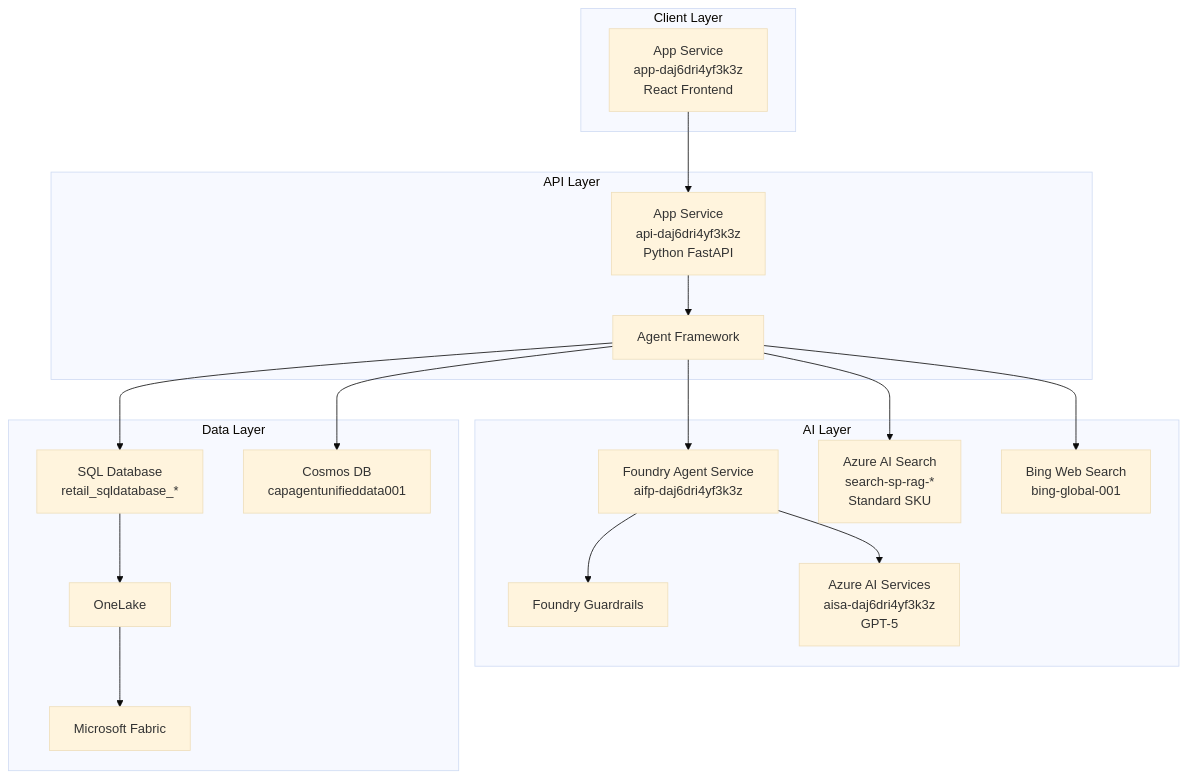
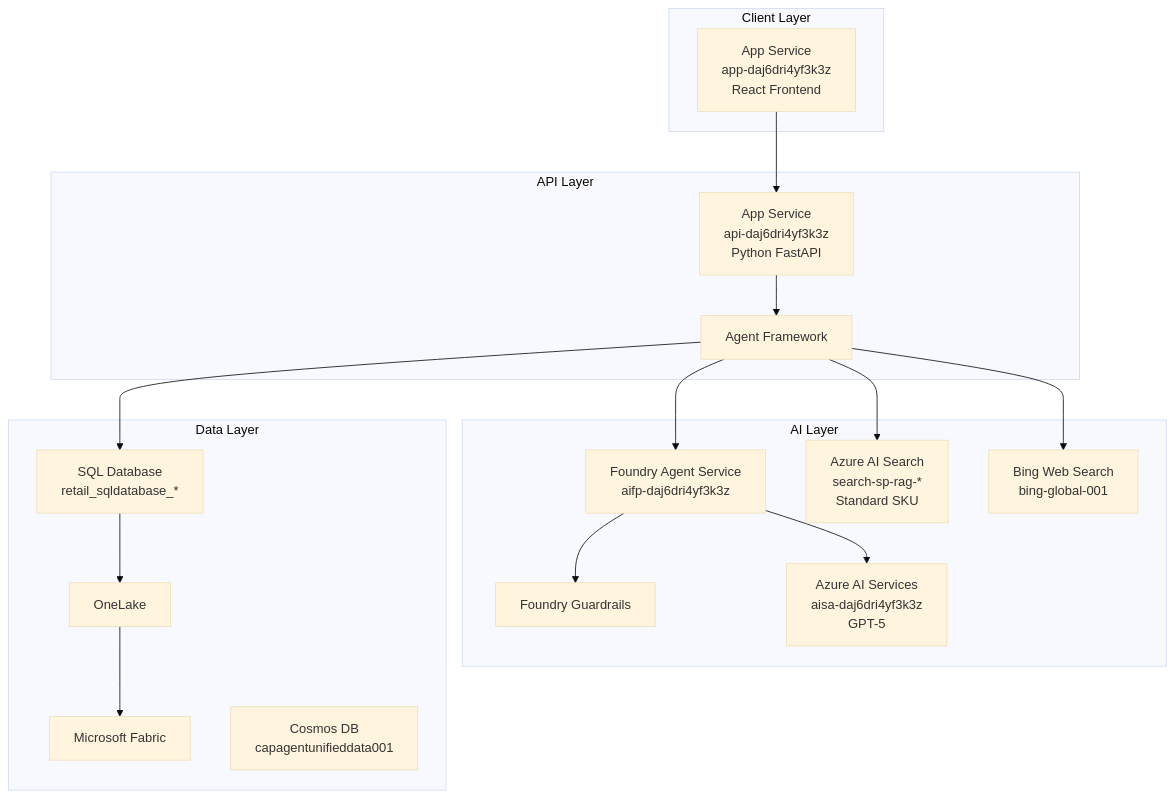
Before and after one commit to naoki1213mj/fabric-foundry-agentic-starter: the first of 2 diagrams in ARCHITECTURE.md, drawn with Mermaid (base theme). The commit also changed other lines of this file and 34 other files, not shown here.

````diff
--- a/ARCHITECTURE.md
+++ b/ARCHITECTURE.md
@@ -23,38 +23,37 @@
 ```mermaid
 graph TB
     subgraph Client["Client Layer"]
         WEB["App Service<br/>app-daj6dri4yf3k3z<br/>React Frontend"]
     end
 
     subgraph API["API Layer"]
         ACA["App Service<br/>api-daj6dri4yf3k3z<br/>Python FastAPI"]
         MAF["Agent Framework"]
     end
 
     subgraph AI["AI Layer"]
         FAS["Foundry Agent Service<br/>aifp-daj6dri4yf3k3z"]
         FG["Foundry Guardrails"]
         OAI["Azure AI Services<br/>aisa-daj6dri4yf3k3z<br/>GPT-5"]
         SEARCH["Azure AI Search<br/>search-sp-rag-*<br/>Standard SKU"]
         BING["Bing Web Search<br/>bing-global-001"]
     end
 
     subgraph Data["Data Layer"]
         FABRIC["Microsoft Fabric"]
         SQLDB["SQL Database<br/>retail_sqldatabase_*"]
         ONELAKE["OneLake"]
         COSMOS["Cosmos DB<br/>capagentunifieddata001"]
     end
 
     WEB --> ACA
     ACA --> MAF
     MAF --> FAS
     FAS --> FG
     FAS --> OAI
     MAF --> SQLDB
     MAF --> SEARCH
     MAF --> BING
-    MAF --> COSMOS
     SQLDB --> ONELAKE
     ONELAKE --> FABRIC
 ```
````
